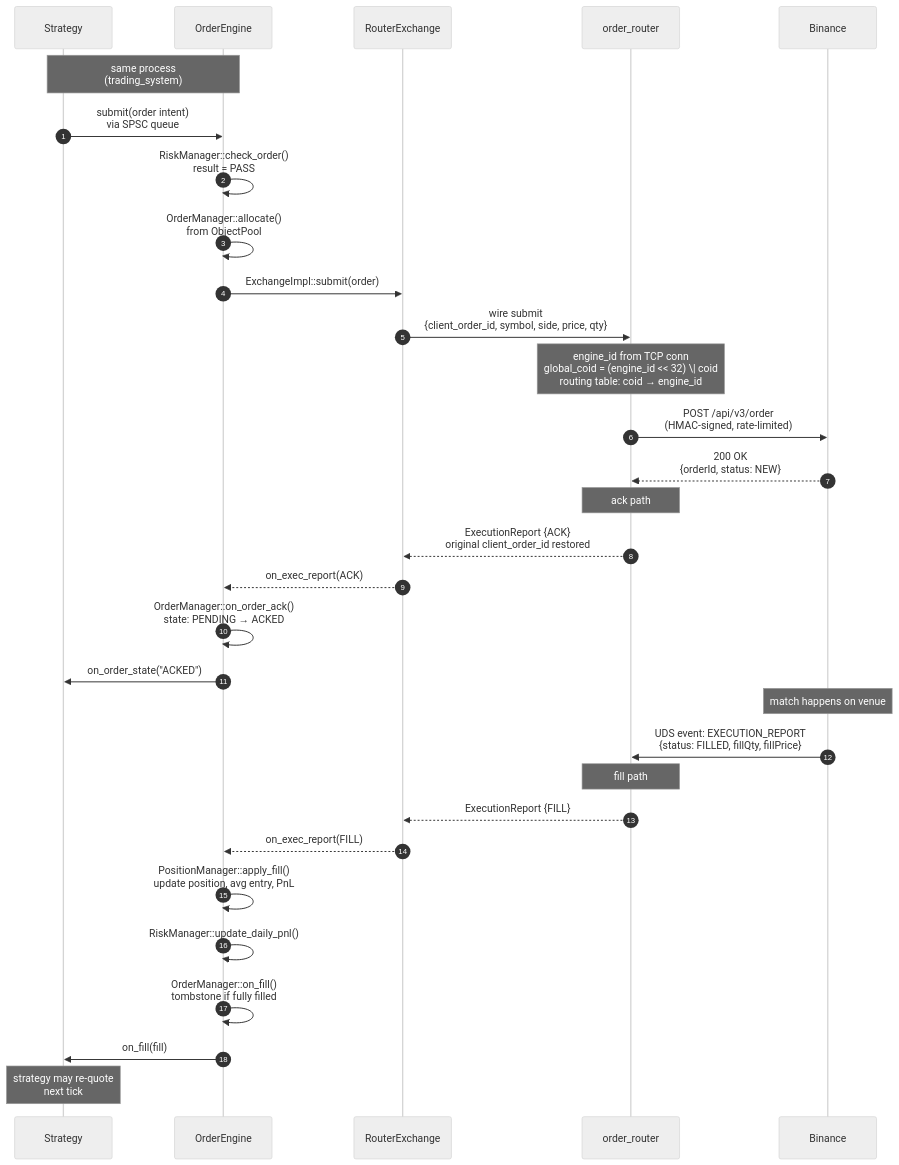
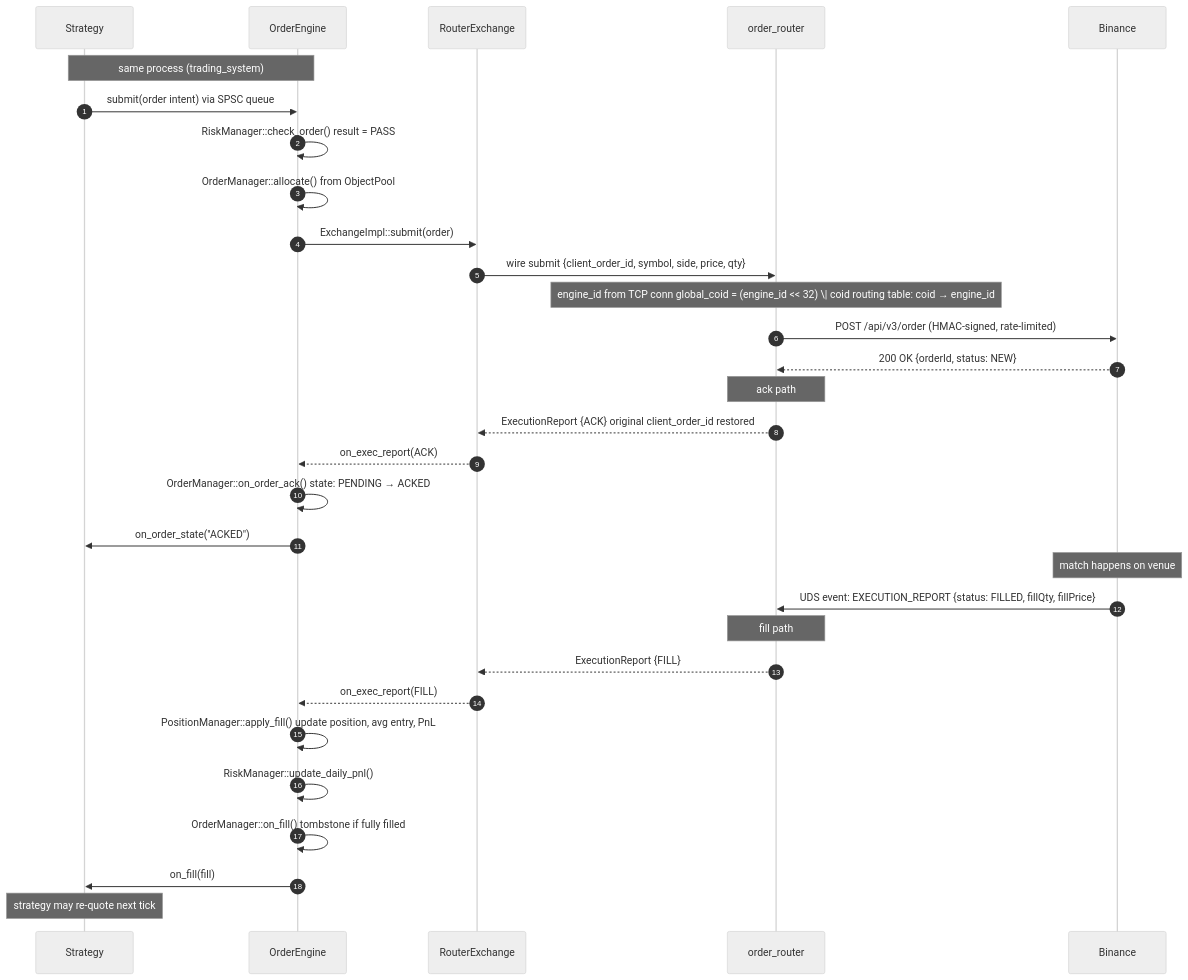
Before and after one commit to sardis-trading/trading-architecture: the diagram in 03-flows/order-lifecycle.md, drawn with Mermaid (neutral theme). The commit also changed 5 other files, not shown here.

````diff
--- a/03-flows/order-lifecycle.md
+++ b/03-flows/order-lifecycle.md
@@ -9,37 +9,37 @@
 ```mermaid
 sequenceDiagram
     autonumber
     participant S as Strategy
     participant OE as OrderEngine
     participant RX as RouterExchange
     participant OR as order_router
     participant Bin as Binance
 
-    Note over S,OE: same process<br/>(trading_system)
+    Note over S,OE: same process (trading_system)
 
-    S->>OE: submit(order intent)<br/>via SPSC queue
-    OE->>OE: RiskManager::check_order()<br/>result = PASS
-    OE->>OE: OrderManager::allocate()<br/>from ObjectPool
+    S->>OE: submit(order intent) via SPSC queue
+    OE->>OE: RiskManager::check_order() result = PASS
+    OE->>OE: OrderManager::allocate() from ObjectPool
     OE->>RX: ExchangeImpl::submit(order)
-    RX->>OR: wire submit<br/>{client_order_id, symbol, side, price, qty}
-    Note over OR: engine_id from TCP conn<br/>global_coid = (engine_id << 32) \| coid<br/>routing table: coid → engine_id
-    OR->>Bin: POST /api/v3/order<br/>(HMAC-signed, rate-limited)
-    Bin-->>OR: 200 OK<br/>{orderId, status: NEW}
+    RX->>OR: wire submit {client_order_id, symbol, side, price, qty}
+    Note over OR: engine_id from TCP conn global_coid = (engine_id << 32) \| coid routing table: coid → engine_id
+    OR->>Bin: POST /api/v3/order (HMAC-signed, rate-limited)
+    Bin-->>OR: 200 OK {orderId, status: NEW}
     Note over OR: ack path
-    OR-->>RX: ExecutionReport {ACK}<br/>original client_order_id restored
+    OR-->>RX: ExecutionReport {ACK} original client_order_id restored
     RX-->>OE: on_exec_report(ACK)
-    OE->>OE: OrderManager::on_order_ack()<br/>state: PENDING → ACKED
+    OE->>OE: OrderManager::on_order_ack() state: PENDING → ACKED
     OE->>S: on_order_state("ACKED")
 
     Note over Bin: match happens on venue
 
-    Bin->>OR: UDS event: EXECUTION_REPORT<br/>{status: FILLED, fillQty, fillPrice}
+    Bin->>OR: UDS event: EXECUTION_REPORT {status: FILLED, fillQty, fillPrice}
     Note over OR: fill path
     OR-->>RX: ExecutionReport {FILL}
     RX-->>OE: on_exec_report(FILL)
-    OE->>OE: PositionManager::apply_fill()<br/>update position, avg entry, PnL
+    OE->>OE: PositionManager::apply_fill() update position, avg entry, PnL
     OE->>OE: RiskManager::update_daily_pnl()
-    OE->>OE: OrderManager::on_fill()<br/>tombstone if fully filled
+    OE->>OE: OrderManager::on_fill() tombstone if fully filled
     OE->>S: on_fill(fill)
-    Note over S: strategy may re-quote<br/>next tick
+    Note over S: strategy may re-quote next tick
 ```
````
